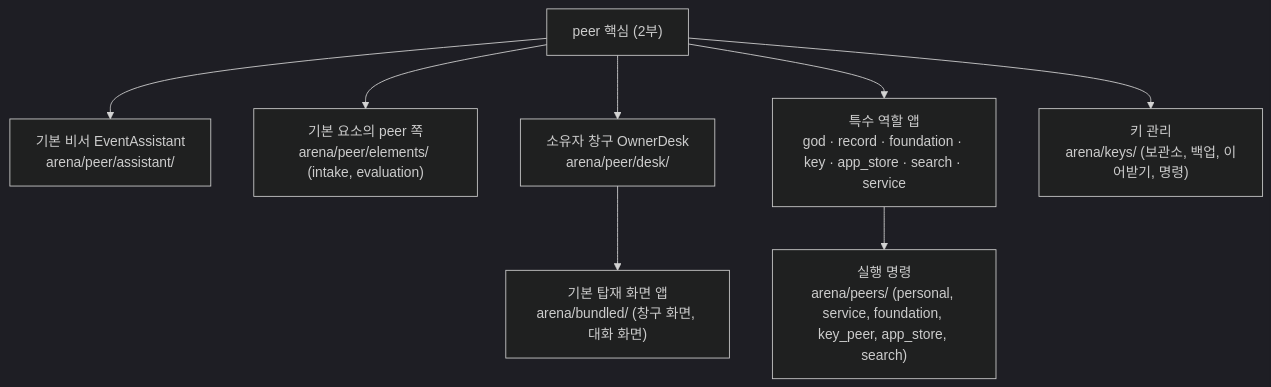
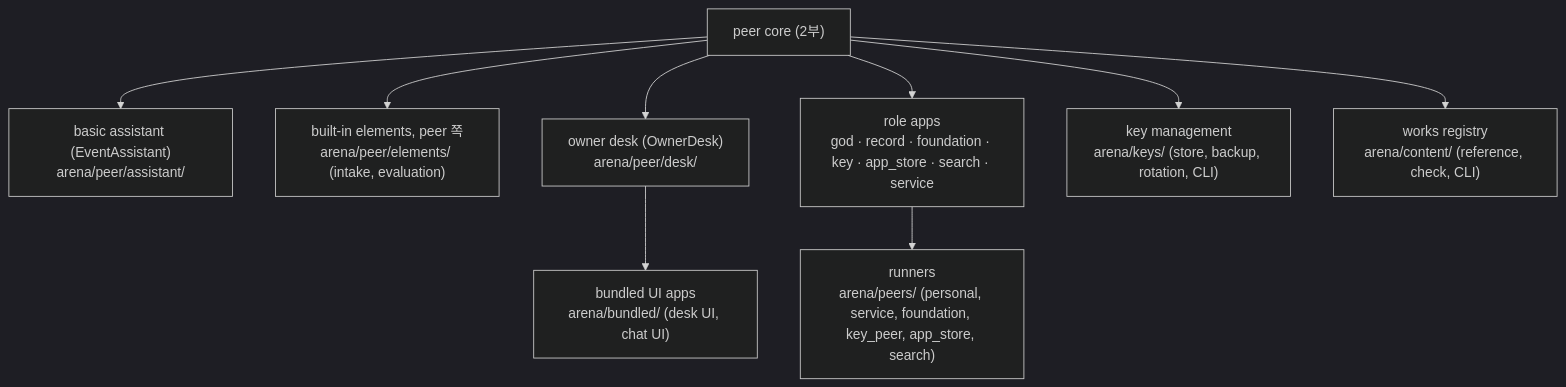
Diagram 17 of 31 in docs/education.md (tanminkwan/share-ur-tokens), drawn with Mermaid (dark theme) before and after one commit. The commit also changed other lines of this file and 27 other files, not shown here.

````diff
--- a/docs/education.md
+++ b/docs/education.md
@@ -427,11 +443,12 @@
 ```mermaid
 flowchart TB
-    CORE["peer 핵심 (2부)"]
-    CORE --> AS["기본 비서 EventAssistant<br/>arena/peer/assistant/"]
-    CORE --> EL["기본 요소의 peer 쪽<br/>arena/peer/elements/ (intake, evaluation)"]
-    CORE --> DESK["소유자 창구 OwnerDesk<br/>arena/peer/desk/"]
-    DESK --> WIN["기본 탑재 화면 앱<br/>arena/bundled/ (창구 화면, 대화 화면)"]
-    CORE --> ROLES["특수 역할 앱<br/>god · record · foundation · key · app_store · search · service"]
-    ROLES --> RUN["실행 명령<br/>arena/peers/ (personal, service, foundation, key_peer, app_store, search)"]
-    CORE --> KEYS["키 관리<br/>arena/keys/ (보관소, 백업, 이어받기, 명령)"]
+    CORE["peer core (2부)"]
+    CORE --> AS["basic assistant (EventAssistant)<br/>arena/peer/assistant/"]
+    CORE --> EL["built-in elements, peer 쪽<br/>arena/peer/elements/ (intake, evaluation)"]
+    CORE --> DESK["owner desk (OwnerDesk)<br/>arena/peer/desk/"]
+    DESK --> WIN["bundled UI apps<br/>arena/bundled/ (desk UI, chat UI)"]
+    CORE --> ROLES["role apps<br/>god · record · foundation · key · app_store · search · service"]
+    ROLES --> RUN["runners<br/>arena/peers/ (personal, service, foundation, key_peer, app_store, search)"]
+    CORE --> KEYS["key management<br/>arena/keys/ (store, backup, rotation, CLI)"]
+    CORE --> WORKS["works registry<br/>arena/content/ (reference, check, CLI)"]
 ```
````
